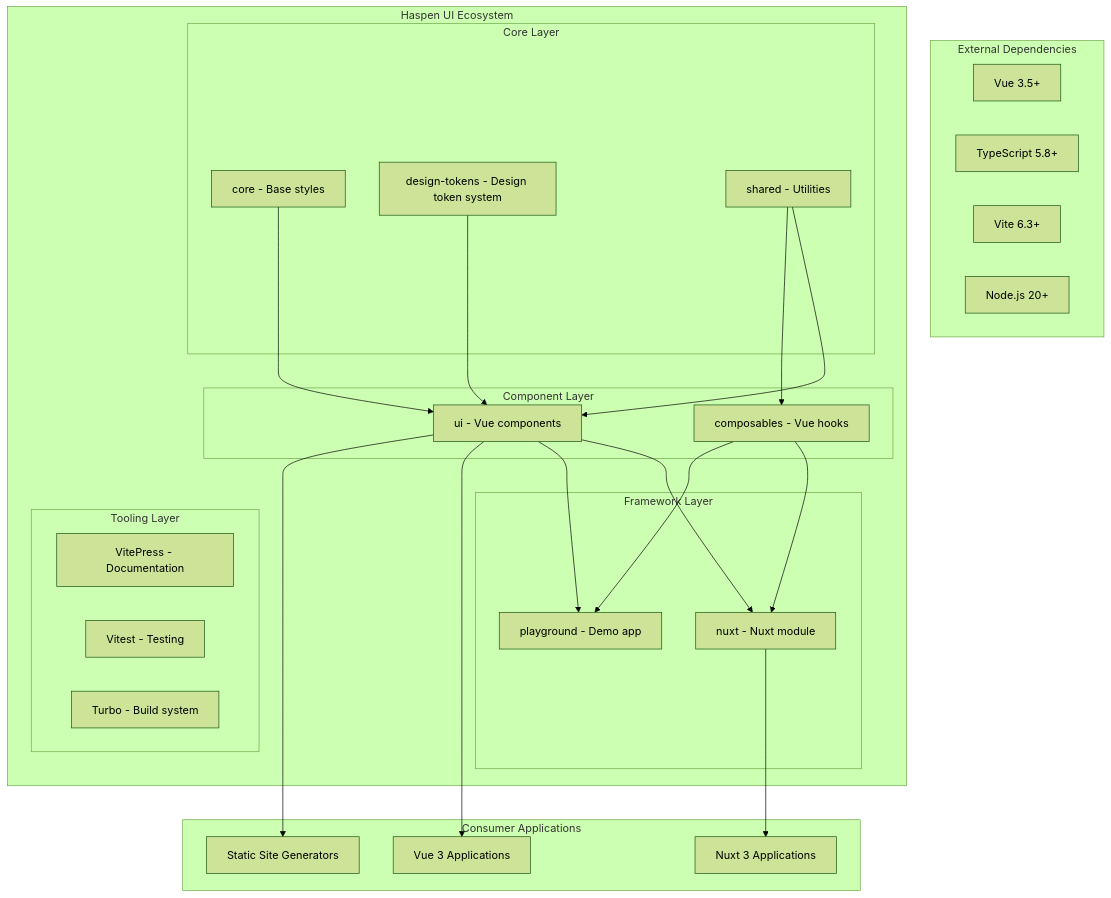
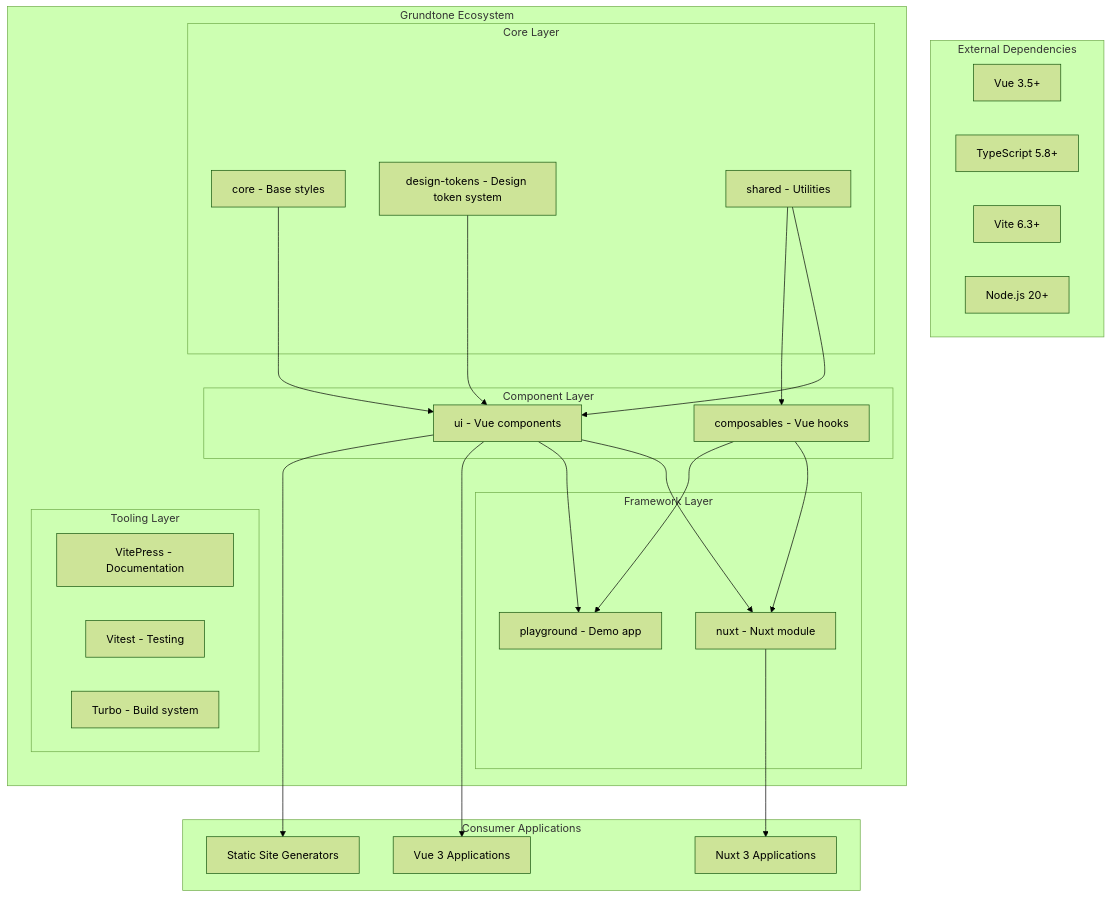
Before and after one commit to KlangHaus/grundtone: the first of 4 diagrams in ARCHITECTURE.md, drawn with Mermaid (forest theme). The commit also changed other lines of this file and 123 other files, not shown here.

First line of the commit message:
refactor: rename project from Haspen to Grundtone

````diff
--- a/ARCHITECTURE.md
+++ b/ARCHITECTURE.md
@@ -16,52 +16,52 @@
 ```mermaid
 graph TB
     subgraph "External Dependencies"
         Vue[Vue 3.5+]
         TS[TypeScript 5.8+]
         Vite[Vite 6.3+]
         Node[Node.js 20+]
     end
 
-    subgraph "Haspen UI Ecosystem"
+    subgraph "Grundtone Ecosystem"
         subgraph "Core Layer"
             Core[core - Base styles]
             Tokens[design-tokens - Design token system]
             Shared[shared - Utilities]
         end
 
         subgraph "Component Layer"
             UI[ui - Vue components]
             Composables[composables - Vue hooks]
         end
 
         subgraph "Framework Layer"
             Nuxt[nuxt - Nuxt module]
             Playground[playground - Demo app]
         end
 
         subgraph "Tooling Layer"
             Docs[VitePress - Documentation]
             Tests[Vitest - Testing]
             Build[Turbo - Build system]
         end
     end
 
     subgraph "Consumer Applications"
         VueApp[Vue 3 Applications]
         NuxtApp[Nuxt 3 Applications]
         SSG[Static Site Generators]
     end
 
     Core --> UI
     Tokens --> UI
     Shared --> UI
     Shared --> Composables
     UI --> Nuxt
     Composables --> Nuxt
     UI --> Playground
     Composables --> Playground
 
     UI --> VueApp
     Nuxt --> NuxtApp
     UI --> SSG
 ```
````
